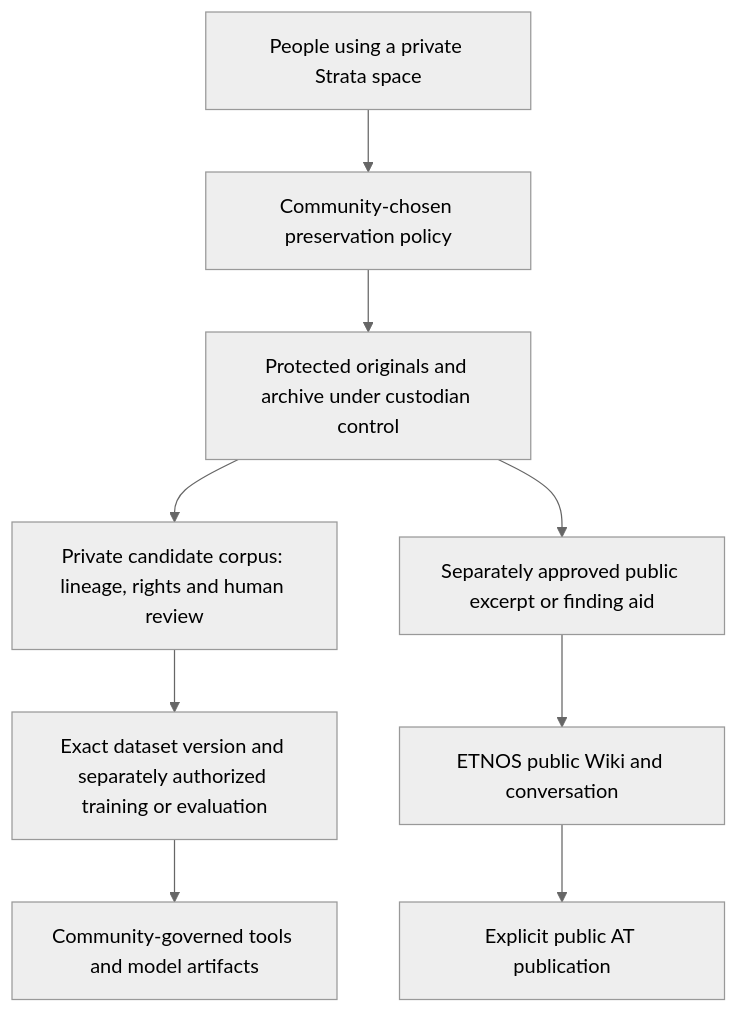
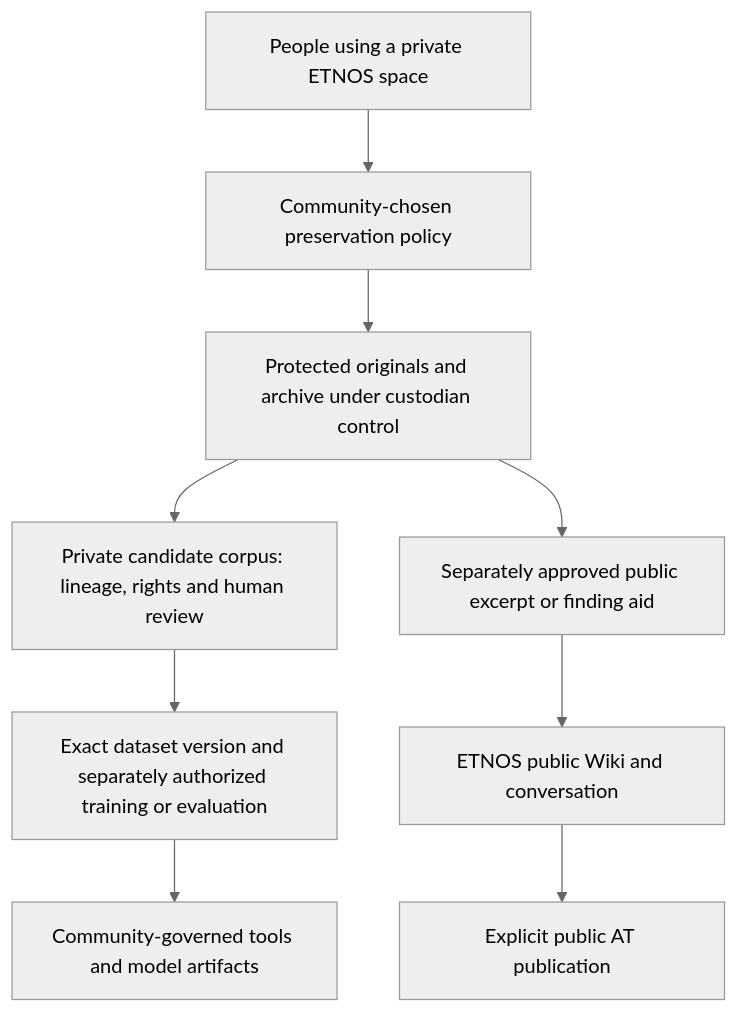
The diagram in docs/research/2026-11-01-community-language-custody.md (yohn-maistre/ETNOS), drawn with Mermaid (neutral theme) before and after one commit. The commit also changed other lines of this file and 132 other files, not shown here.

````diff
--- a/docs/research/2026-11-01-community-language-custody.md
+++ b/docs/research/2026-11-01-community-language-custody.md
@@ -45,11 +45,11 @@
 ```mermaid
 flowchart TD
-  P[People using a private Strata space] --> C[Community-chosen preservation policy]
+  P[People using a private ETNOS space] --> C[Community-chosen preservation policy]
   C --> A[Protected originals and archive under custodian control]
   A --> D[Private candidate corpus: lineage, rights and human review]
   D --> T[Exact dataset version and separately authorized training or evaluation]
   T --> M[Community-governed tools and model artifacts]
   A --> R[Separately approved public excerpt or finding aid]
   R --> W[ETNOS public Wiki and conversation]
   W --> AT[Explicit public AT publication]
 ```
````
